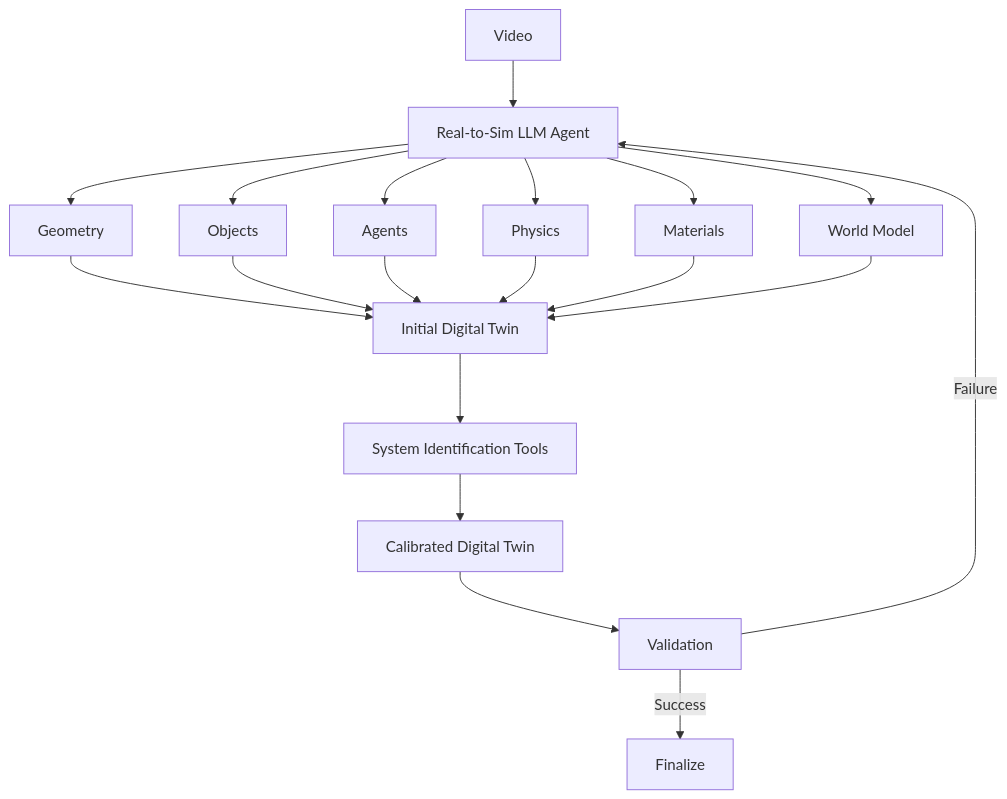
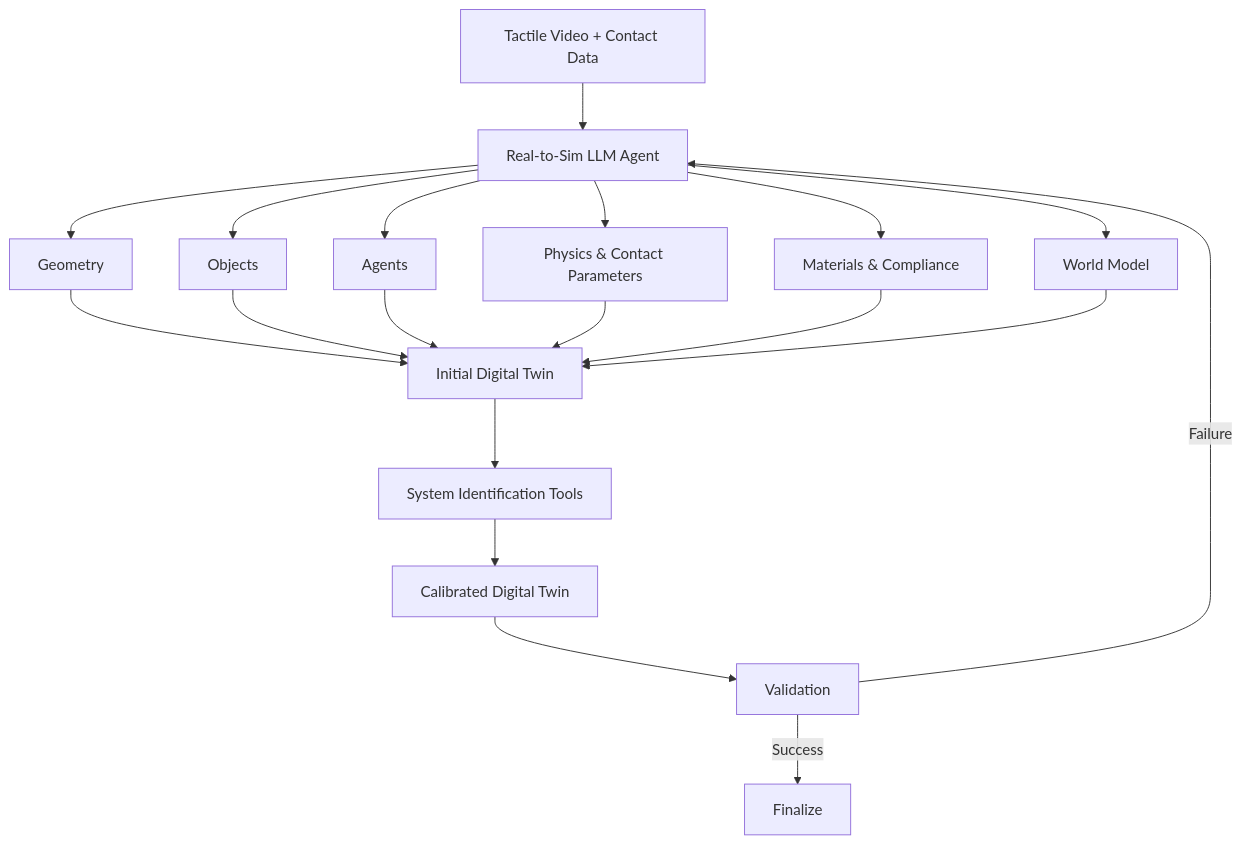
The second of 11 diagrams in docs/specs/post-demo/lunch_robotics.md (Freelunch-AI/freelunch-ide), drawn with Mermaid before and after one commit. The commit also changed other lines of this file, not shown here.

````diff
--- a/docs/specs/post-demo/lunch_robotics.md
+++ b/docs/specs/post-demo/lunch_robotics.md
@@ -72,25 +80,25 @@
 ```mermaid
 flowchart TD
-    A["Video"] --> B["Real-to-Sim LLM Agent"]
+    A["Tactile Video + Contact Data"] --> B["Real-to-Sim LLM Agent"]
 
     B --> C["Geometry"]
     B --> D["Objects"]
     B --> E["Agents"]
-    B --> F["Physics"]
-    B --> G["Materials"]
+    B --> F["Physics & Contact Parameters"]
+    B --> G["Materials & Compliance"]
     B --> H["World Model"]
 
     C --> I["Initial Digital Twin"]
     D --> I
     E --> I
     F --> I
     G --> I
     H --> I
 
     I --> J["System Identification Tools"]
     J --> K["Calibrated Digital Twin"]
     K --> L["Validation"]
 
     L -->|"Failure"| B
     L -->|"Success"| M["Finalize"]
 ```
````
